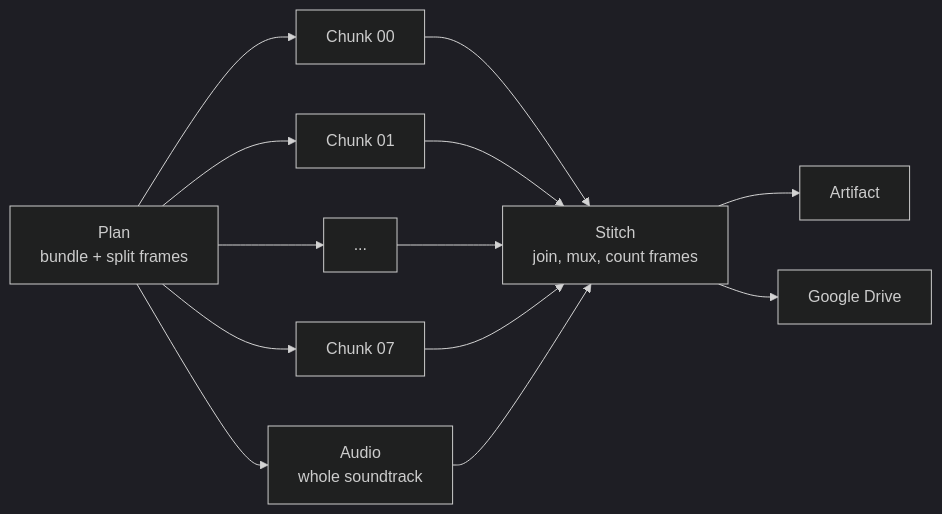
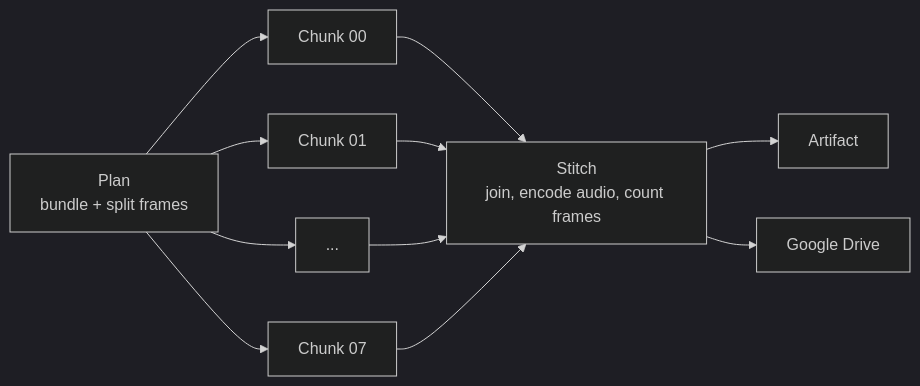
The diagram in README.md (Razee4315/coldframe), drawn with Mermaid (dark theme) before and after one commit. The commit also changed other lines of this file and 2 other files, not shown here.

Commit message:
Docs + site for the PCM-slice audio design; demo label

````diff
--- a/README.md
+++ b/README.md
@@ -36,11 +36,10 @@
 ```mermaid
 flowchart LR
   A[Plan<br/>bundle + split frames] --> B1[Chunk 00]
   A --> B2[Chunk 01]
   A --> B3[...]
   A --> B8[Chunk 07]
-  A --> C[Audio<br/>whole soundtrack]
-  B1 & B2 & B3 & B8 & C --> D[Stitch<br/>join, mux, count frames]
+  B1 & B2 & B3 & B8 --> D[Stitch<br/>join, encode audio, count frames]
   D --> E[Artifact]
   D --> F[Google Drive]
 ```
````
